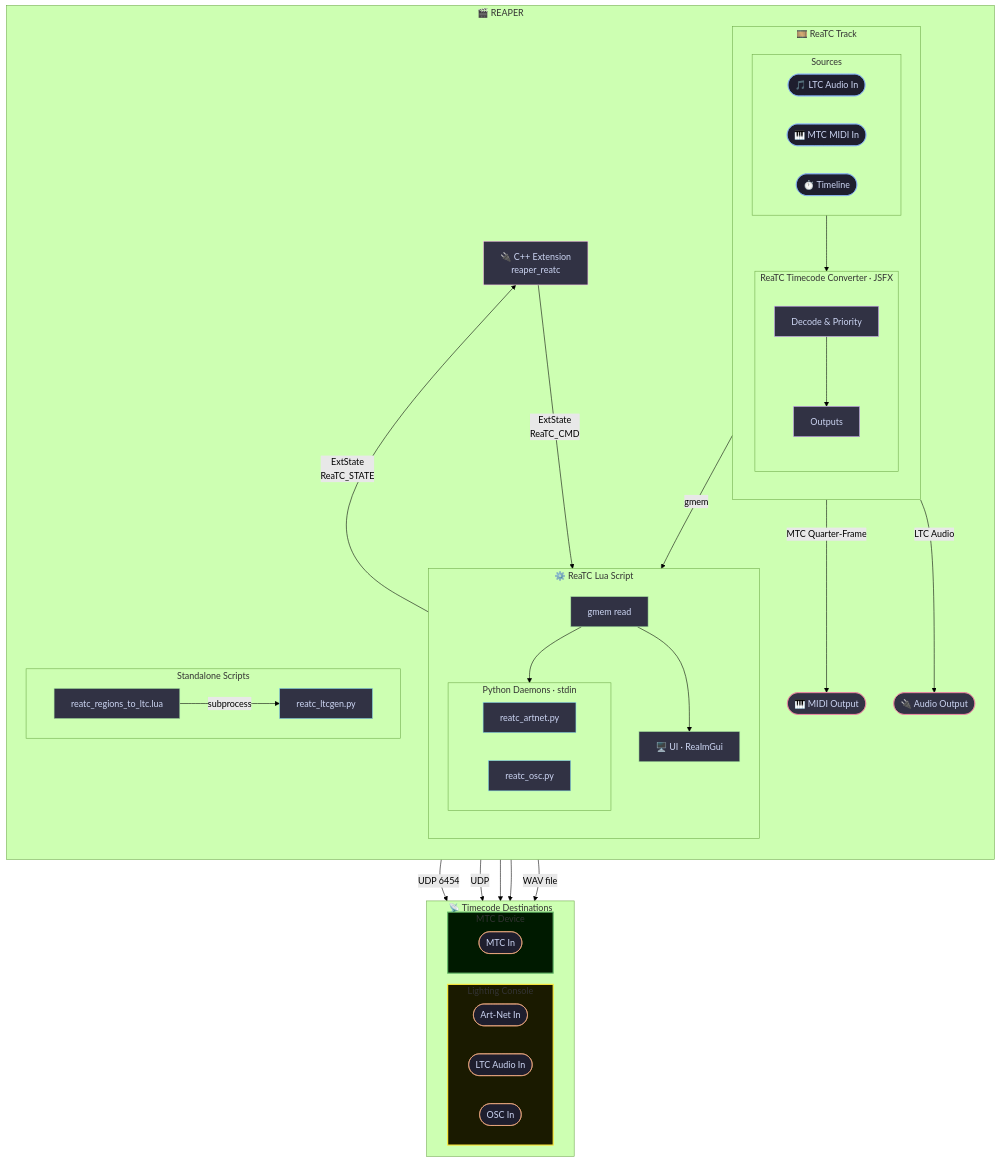
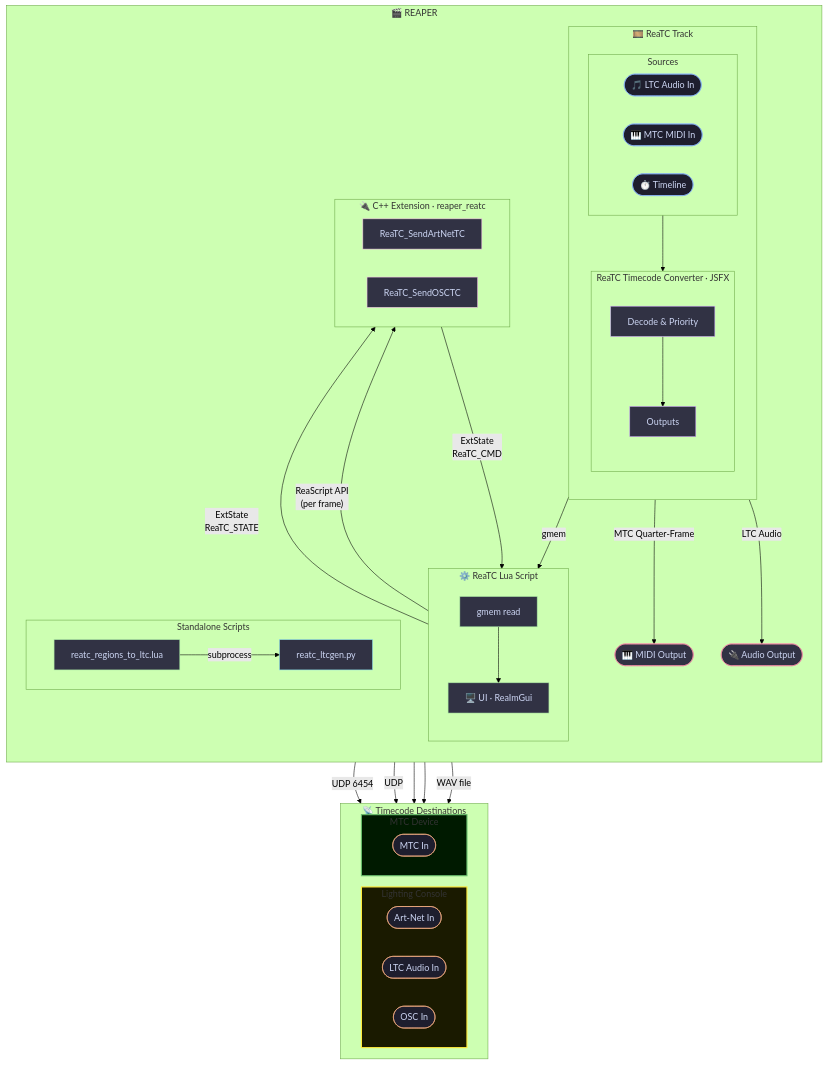
One commit to paskateknikko/ReaTC changed the diagram in docs/architecture.mmd. Above: the diagram before and after it, drawn with Mermaid (forest theme). The commit also changed 24 other files, not shown here.

First line of the commit message:
feat(extension): native Art-Net/OSC output, drop Python daemons

```diff
--- a/docs/architecture.mmd
+++ b/docs/architecture.mmd
@@ -1,82 +1,79 @@
 flowchart TD
     classDef device      fill:#1e1e2e,stroke:#89b4fa,color:#cdd6f4
     classDef fx          fill:#313244,stroke:#cba6f7,color:#cdd6f4
     classDef output      fill:#313244,stroke:#f38ba8,color:#cdd6f4
     classDef destination fill:#1e1e2e,stroke:#fab387,color:#cdd6f4
     classDef script      fill:#313244,stroke:#a6e3a1,color:#cdd6f4
     classDef daemon      fill:#313244,stroke:#89dceb,color:#cdd6f4
     classDef extension   fill:#313244,stroke:#f5c2e7,color:#cdd6f4
 
     subgraph REAPER ["🎬 REAPER"]
         direction TB
 
         subgraph TRACK ["🎞️ ReaTC Track"]
             direction TB
 
             subgraph SOURCES ["Sources"]
                 direction LR
                 LTC_AUDIO(["🎵 LTC Audio In"]):::device
                 MTC_MIDI(["🎹 MTC MIDI In"]):::device
                 TIMELINE(["⏱️ Timeline"]):::device
             end
 
             subgraph JSFX ["ReaTC Timecode Converter · JSFX"]
                 direction TB
                 DECODE["Decode & Priority"]:::fx
                 ENCODE["Outputs"]:::fx
                 DECODE --> ENCODE
             end
 
             SOURCES --> DECODE
         end
 
         subgraph LUA ["⚙️ ReaTC Lua Script"]
             direction TB
             GMEM_READ["gmem read"]:::script
             UI["🖥️ UI · ReaImGui"]:::script
             GMEM_READ --> UI
-
-            subgraph DAEMONS ["Python Daemons · stdin"]
-                direction LR
-                ARTNET_PY["reatc_artnet.py"]:::daemon
-                OSC_PY["reatc_osc.py"]:::daemon
-            end
-
-            GMEM_READ --> DAEMONS
         end
 
-        CPP_EXT["🔌 C++ Extension\nreaper_reatc"]:::extension
+        subgraph CPP_EXT ["🔌 C++ Extension · reaper_reatc"]
+            direction LR
+            ARTNET_TX["ReaTC_SendArtNetTC"]:::extension
+            OSC_TX["ReaTC_SendOSCTC"]:::extension
+        end
+        GMEM_READ -- "ReaScript API\n(per frame)" --> CPP_EXT
         CPP_EXT -- "ExtState\nReaTC_CMD" --> LUA
         LUA -- "ExtState\nReaTC_STATE" --> CPP_EXT
 
         subgraph BAKE ["Standalone Scripts"]
             direction LR
             REGIONS_LUA["reatc_regions_to_ltc.lua"]:::script
             LTCGEN_PY["reatc_ltcgen.py"]:::daemon
             REGIONS_LUA -- "subprocess" --> LTCGEN_PY
         end
 
         ENCODE -- "gmem" --> GMEM_READ
         ENCODE -- "LTC Audio" --> PHY_OUT(["🔌 Audio Output"]):::output
         ENCODE -- "MTC Quarter-Frame" --> MIDI_OUT(["🎹 MIDI Output"]):::output
     end
 
     subgraph DESTINATIONS ["📡 Timecode Destinations"]
         direction LR
         subgraph CONSOLE ["Lighting Console"]
             style CONSOLE stroke:#ffeb3b,stroke-width:2px,fill:#1a1a00
             ARTNET_IN(["Art-Net In"]):::destination
             LTC_IN(["LTC Audio In"]):::destination
             OSC_IN(["OSC In"]):::destination
         end
         subgraph MTC_DEST ["MTC Device"]
             style MTC_DEST stroke:#66bb6a,stroke-width:2px,fill:#001a00
             MTC_IN(["MTC In"]):::destination
         end
     end
 
-    ARTNET_PY -- "UDP 6454" --> ARTNET_IN
-    OSC_PY -- "UDP" --> OSC_IN
+    ARTNET_TX -- "UDP 6454" --> ARTNET_IN
+    OSC_TX -- "UDP" --> OSC_IN
     PHY_OUT --> LTC_IN
     MIDI_OUT --> MTC_IN
     LTCGEN_PY -- "WAV file" --> LTC_IN
```
